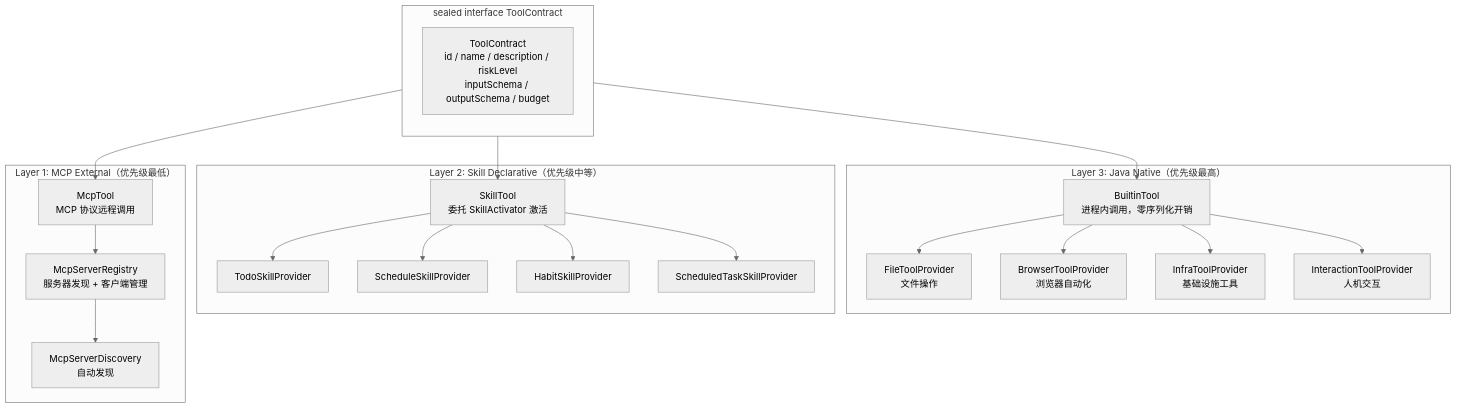
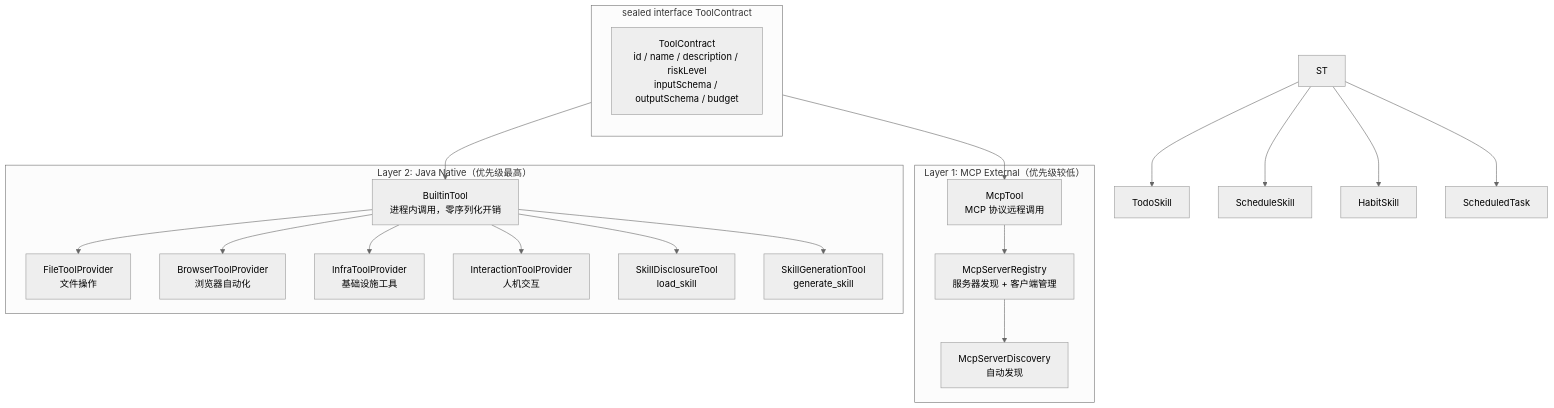
Diagram 11 of 35 in ARCHITECTURE-DIAGRAMS.md (ntygod/LifePilot), drawn with Mermaid (neutral theme) before and after one commit. The commit also changed other lines of this file and 5 other files, not shown here.

````diff
--- a/ARCHITECTURE-DIAGRAMS.md
+++ b/ARCHITECTURE-DIAGRAMS.md
@@ -584,46 +583,41 @@
 ```mermaid
 graph TB
     subgraph "sealed interface ToolContract"
         direction TB
         TC[ToolContract<br/>id / name / description / riskLevel<br/>inputSchema / outputSchema / budget]
     end
 
-    subgraph "Layer 3: Java Native（优先级最高）"
+    subgraph "Layer 2: Java Native（优先级最高）"
         BT[BuiltinTool<br/>进程内调用，零序列化开销]
         FileTool[FileToolProvider<br/>文件操作]
         BrowserTool[BrowserToolProvider<br/>浏览器自动化]
         InfraTool[InfraToolProvider<br/>基础设施工具]
         InterTool[InteractionToolProvider<br/>人机交互]
+        DisclosureTool[SkillDisclosureTool<br/>load_skill]
+        GenTool[SkillGenerationTool<br/>generate_skill]
     end
 
-    subgraph "Layer 2: Skill Declarative（优先级中等）"
-        ST[SkillTool<br/>委托 SkillActivator 激活]
-        TodoSkill[TodoSkillProvider]
-        ScheduleSkill[ScheduleSkillProvider]
-        HabitSkill[HabitSkillProvider]
-        ScheduledTask[ScheduledTaskSkillProvider]
-    end
-
-    subgraph "Layer 1: MCP External（优先级最低）"
+    subgraph "Layer 1: MCP External（优先级较低）"
         MT[McpTool<br/>MCP 协议远程调用]
         McpReg[McpServerRegistry<br/>服务器发现 + 客户端管理]
         McpDisc[McpServerDiscovery<br/>自动发现]
     end
 
     TC --> BT
-    TC --> ST
     TC --> MT
 
     BT --> FileTool
     BT --> BrowserTool
     BT --> InfraTool
     BT --> InterTool
+    BT --> DisclosureTool
+    BT --> GenTool
 
     ST --> TodoSkill
     ST --> ScheduleSkill
     ST --> HabitSkill
     ST --> ScheduledTask
 
     MT --> McpReg
     McpReg --> McpDisc
 ```
````
